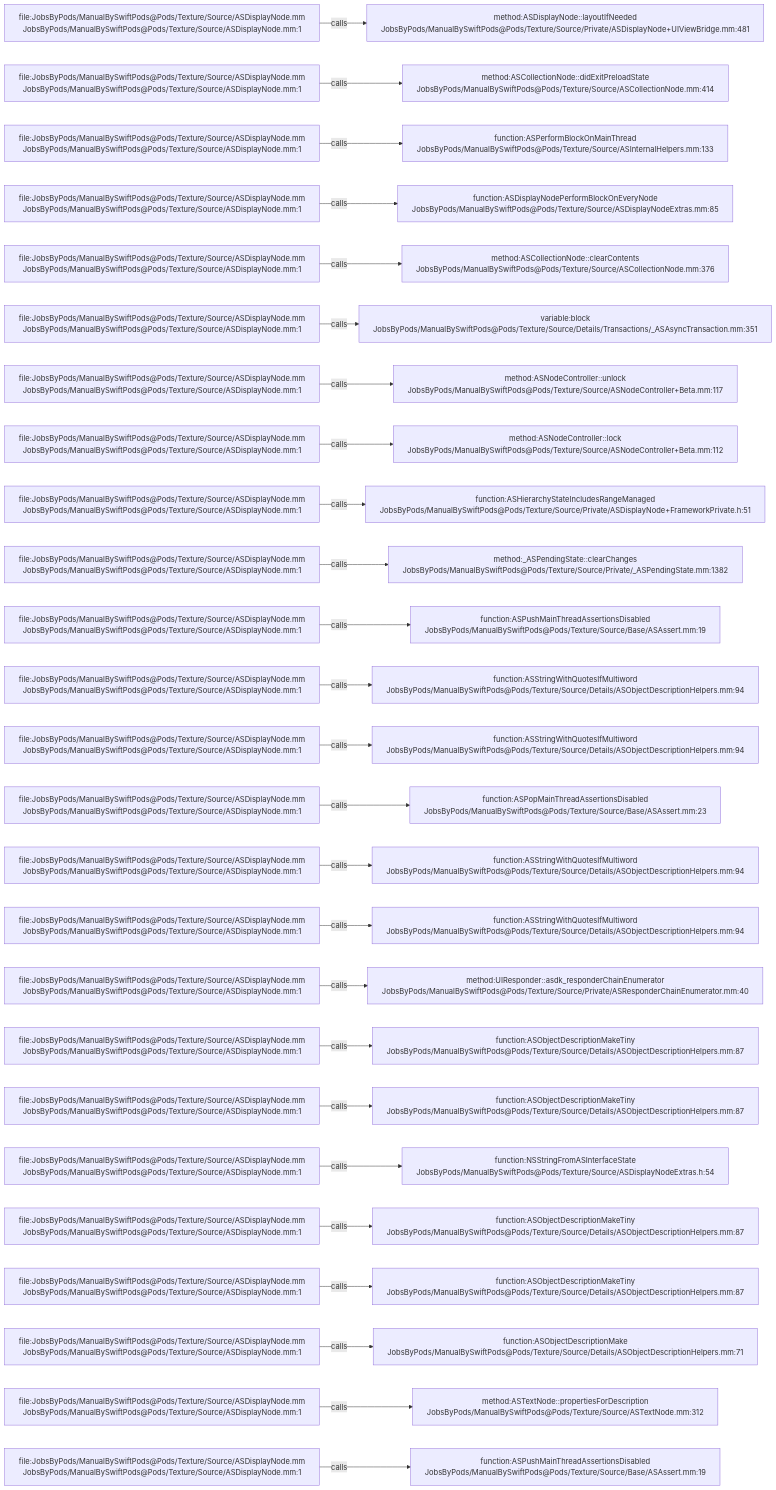
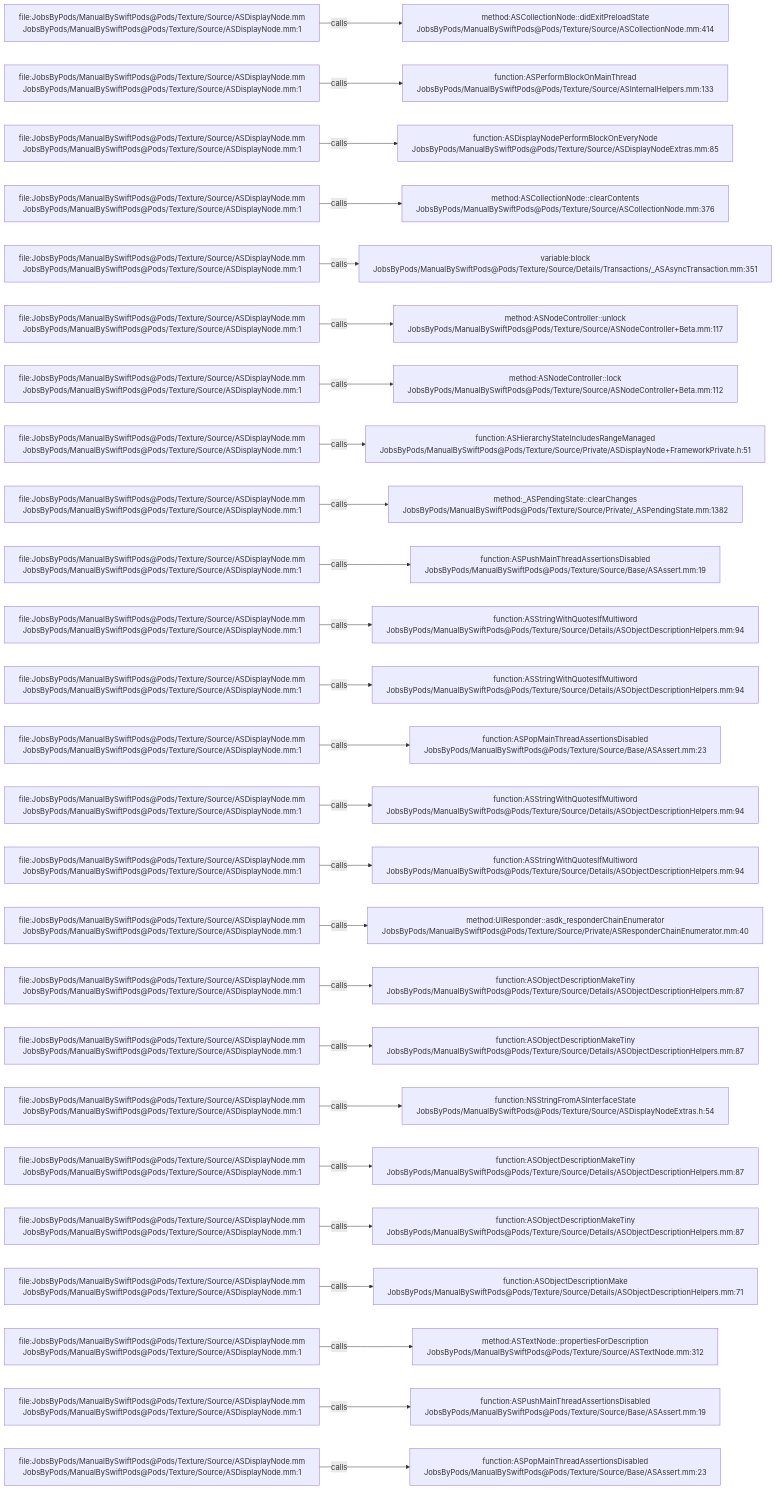
One commit to JobsKits/JobsSwiftBaseConfigDemo changed the diagram in .codegraph/codegraph.md/graphs/calls-036.md. Above: the diagram before and after it, drawn with Mermaid. The commit also changed 747 other files, not shown here.

````diff
--- a/.codegraph/codegraph.md/graphs/calls-036.md
+++ b/.codegraph/codegraph.md/graphs/calls-036.md
@@ -13,78 +13,78 @@
 ```mermaid
 flowchart LR
   S1["file:JobsByPods/ManualBySwiftPods@Pods/Texture/Source/ASDisplayNode.mm<br/>JobsByPods/ManualBySwiftPods@Pods/Texture/Source/ASDisplayNode.mm:1"]
-  T1["method:ASDisplayNode::layoutIfNeeded<br/>JobsByPods/ManualBySwiftPods@Pods/Texture/Source/Private/ASDisplayNode+UIViewBridge.mm:481"]
+  T1["method:ASCollectionNode::didExitPreloadState<br/>JobsByPods/ManualBySwiftPods@Pods/Texture/Source/ASCollectionNode.mm:414"]
   S1 -->|calls| T1
   S2["file:JobsByPods/ManualBySwiftPods@Pods/Texture/Source/ASDisplayNode.mm<br/>JobsByPods/ManualBySwiftPods@Pods/Texture/Source/ASDisplayNode.mm:1"]
-  T2["method:ASCollectionNode::didExitPreloadState<br/>JobsByPods/ManualBySwiftPods@Pods/Texture/Source/ASCollectionNode.mm:414"]
+  T2["function:ASPerformBlockOnMainThread<br/>JobsByPods/ManualBySwiftPods@Pods/Texture/Source/ASInternalHelpers.mm:133"]
   S2 -->|calls| T2
   S3["file:JobsByPods/ManualBySwiftPods@Pods/Texture/Source/ASDisplayNode.mm<br/>JobsByPods/ManualBySwiftPods@Pods/Texture/Source/ASDisplayNode.mm:1"]
-  T3["function:ASPerformBlockOnMainThread<br/>JobsByPods/ManualBySwiftPods@Pods/Texture/Source/ASInternalHelpers.mm:133"]
+  T3["function:ASDisplayNodePerformBlockOnEveryNode<br/>JobsByPods/ManualBySwiftPods@Pods/Texture/Source/ASDisplayNodeExtras.mm:85"]
   S3 -->|calls| T3
   S4["file:JobsByPods/ManualBySwiftPods@Pods/Texture/Source/ASDisplayNode.mm<br/>JobsByPods/ManualBySwiftPods@Pods/Texture/Source/ASDisplayNode.mm:1"]
-  T4["function:ASDisplayNodePerformBlockOnEveryNode<br/>JobsByPods/ManualBySwiftPods@Pods/Texture/Source/ASDisplayNodeExtras.mm:85"]
+  T4["method:ASCollectionNode::clearContents<br/>JobsByPods/ManualBySwiftPods@Pods/Texture/Source/ASCollectionNode.mm:376"]
   S4 -->|calls| T4
   S5["file:JobsByPods/ManualBySwiftPods@Pods/Texture/Source/ASDisplayNode.mm<br/>JobsByPods/ManualBySwiftPods@Pods/Texture/Source/ASDisplayNode.mm:1"]
-  T5["method:ASCollectionNode::clearContents<br/>JobsByPods/ManualBySwiftPods@Pods/Texture/Source/ASCollectionNode.mm:376"]
+  T5["variable:block<br/>JobsByPods/ManualBySwiftPods@Pods/Texture/Source/Details/Transactions/_ASAsyncTransaction.mm:351"]
   S5 -->|calls| T5
   S6["file:JobsByPods/ManualBySwiftPods@Pods/Texture/Source/ASDisplayNode.mm<br/>JobsByPods/ManualBySwiftPods@Pods/Texture/Source/ASDisplayNode.mm:1"]
-  T6["variable:block<br/>JobsByPods/ManualBySwiftPods@Pods/Texture/Source/Details/Transactions/_ASAsyncTransaction.mm:351"]
+  T6["method:ASNodeController::unlock<br/>JobsByPods/ManualBySwiftPods@Pods/Texture/Source/ASNodeController+Beta.mm:117"]
   S6 -->|calls| T6
   S7["file:JobsByPods/ManualBySwiftPods@Pods/Texture/Source/ASDisplayNode.mm<br/>JobsByPods/ManualBySwiftPods@Pods/Texture/Source/ASDisplayNode.mm:1"]
-  T7["method:ASNodeController::unlock<br/>JobsByPods/ManualBySwiftPods@Pods/Texture/Source/ASNodeController+Beta.mm:117"]
+  T7["method:ASNodeController::lock<br/>JobsByPods/ManualBySwiftPods@Pods/Texture/Source/ASNodeController+Beta.mm:112"]
   S7 -->|calls| T7
   S8["file:JobsByPods/ManualBySwiftPods@Pods/Texture/Source/ASDisplayNode.mm<br/>JobsByPods/ManualBySwiftPods@Pods/Texture/Source/ASDisplayNode.mm:1"]
-  T8["method:ASNodeController::lock<br/>JobsByPods/ManualBySwiftPods@Pods/Texture/Source/ASNodeController+Beta.mm:112"]
+  T8["function:ASHierarchyStateIncludesRangeManaged<br/>JobsByPods/ManualBySwiftPods@Pods/Texture/Source/Private/ASDisplayNode+FrameworkPrivate.h:51"]
   S8 -->|calls| T8
   S9["file:JobsByPods/ManualBySwiftPods@Pods/Texture/Source/ASDisplayNode.mm<br/>JobsByPods/ManualBySwiftPods@Pods/Texture/Source/ASDisplayNode.mm:1"]
-  T9["function:ASHierarchyStateIncludesRangeManaged<br/>JobsByPods/ManualBySwiftPods@Pods/Texture/Source/Private/ASDisplayNode+FrameworkPrivate.h:51"]
+  T9["method:_ASPendingState::clearChanges<br/>JobsByPods/ManualBySwiftPods@Pods/Texture/Source/Private/_ASPendingState.mm:1382"]
   S9 -->|calls| T9
   S10["file:JobsByPods/ManualBySwiftPods@Pods/Texture/Source/ASDisplayNode.mm<br/>JobsByPods/ManualBySwiftPods@Pods/Texture/Source/ASDisplayNode.mm:1"]
-  T10["method:_ASPendingState::clearChanges<br/>JobsByPods/ManualBySwiftPods@Pods/Texture/Source/Private/_ASPendingState.mm:1382"]
+  T10["function:ASPushMainThreadAssertionsDisabled<br/>JobsByPods/ManualBySwiftPods@Pods/Texture/Source/Base/ASAssert.mm:19"]
   S10 -->|calls| T10
   S11["file:JobsByPods/ManualBySwiftPods@Pods/Texture/Source/ASDisplayNode.mm<br/>JobsByPods/ManualBySwiftPods@Pods/Texture/Source/ASDisplayNode.mm:1"]
-  T11["function:ASPushMainThreadAssertionsDisabled<br/>JobsByPods/ManualBySwiftPods@Pods/Texture/Source/Base/ASAssert.mm:19"]
+  T11["function:ASStringWithQuotesIfMultiword<br/>JobsByPods/ManualBySwiftPods@Pods/Texture/Source/Details/ASObjectDescriptionHelpers.mm:94"]
   S11 -->|calls| T11
   S12["file:JobsByPods/ManualBySwiftPods@Pods/Texture/Source/ASDisplayNode.mm<br/>JobsByPods/ManualBySwiftPods@Pods/Texture/Source/ASDisplayNode.mm:1"]
   T12["function:ASStringWithQuotesIfMultiword<br/>JobsByPods/ManualBySwiftPods@Pods/Texture/Source/Details/ASObjectDescriptionHelpers.mm:94"]
   S12 -->|calls| T12
   S13["file:JobsByPods/ManualBySwiftPods@Pods/Texture/Source/ASDisplayNode.mm<br/>JobsByPods/ManualBySwiftPods@Pods/Texture/Source/ASDisplayNode.mm:1"]
-  T13["function:ASStringWithQuotesIfMultiword<br/>JobsByPods/ManualBySwiftPods@Pods/Texture/Source/Details/ASObjectDescriptionHelpers.mm:94"]
+  T13["function:ASPopMainThreadAssertionsDisabled<br/>JobsByPods/ManualBySwiftPods@Pods/Texture/Source/Base/ASAssert.mm:23"]
   S13 -->|calls| T13
   S14["file:JobsByPods/ManualBySwiftPods@Pods/Texture/Source/ASDisplayNode.mm<br/>JobsByPods/ManualBySwiftPods@Pods/Texture/Source/ASDisplayNode.mm:1"]
-  T14["function:ASPopMainThreadAssertionsDisabled<br/>JobsByPods/ManualBySwiftPods@Pods/Texture/Source/Base/ASAssert.mm:23"]
+  T14["function:ASStringWithQuotesIfMultiword<br/>JobsByPods/ManualBySwiftPods@Pods/Texture/Source/Details/ASObjectDescriptionHelpers.mm:94"]
   S14 -->|calls| T14
   S15["file:JobsByPods/ManualBySwiftPods@Pods/Texture/Source/ASDisplayNode.mm<br/>JobsByPods/ManualBySwiftPods@Pods/Texture/Source/ASDisplayNode.mm:1"]
   T15["function:ASStringWithQuotesIfMultiword<br/>JobsByPods/ManualBySwiftPods@Pods/Texture/Source/Details/ASObjectDescriptionHelpers.mm:94"]
   S15 -->|calls| T15
   S16["file:JobsByPods/ManualBySwiftPods@Pods/Texture/Source/ASDisplayNode.mm<br/>JobsByPods/ManualBySwiftPods@Pods/Texture/Source/ASDisplayNode.mm:1"]
-  T16["function:ASStringWithQuotesIfMultiword<br/>JobsByPods/ManualBySwiftPods@Pods/Texture/Source/Details/ASObjectDescriptionHelpers.mm:94"]
+  T16["method:UIResponder::asdk_responderChainEnumerator<br/>JobsByPods/ManualBySwiftPods@Pods/Texture/Source/Private/ASResponderChainEnumerator.mm:40"]
   S16 -->|calls| T16
   S17["file:JobsByPods/ManualBySwiftPods@Pods/Texture/Source/ASDisplayNode.mm<br/>JobsByPods/ManualBySwiftPods@Pods/Texture/Source/ASDisplayNode.mm:1"]
-  T17["method:UIResponder::asdk_responderChainEnumerator<br/>JobsByPods/ManualBySwiftPods@Pods/Texture/Source/Private/ASResponderChainEnumerator.mm:40"]
+  T17["function:ASObjectDescriptionMakeTiny<br/>JobsByPods/ManualBySwiftPods@Pods/Texture/Source/Details/ASObjectDescriptionHelpers.mm:87"]
   S17 -->|calls| T17
   S18["file:JobsByPods/ManualBySwiftPods@Pods/Texture/Source/ASDisplayNode.mm<br/>JobsByPods/ManualBySwiftPods@Pods/Texture/Source/ASDisplayNode.mm:1"]
   T18["function:ASObjectDescriptionMakeTiny<br/>JobsByPods/ManualBySwiftPods@Pods/Texture/Source/Details/ASObjectDescriptionHelpers.mm:87"]
   S18 -->|calls| T18
   S19["file:JobsByPods/ManualBySwiftPods@Pods/Texture/Source/ASDisplayNode.mm<br/>JobsByPods/ManualBySwiftPods@Pods/Texture/Source/ASDisplayNode.mm:1"]
-  T19["function:ASObjectDescriptionMakeTiny<br/>JobsByPods/ManualBySwiftPods@Pods/Texture/Source/Details/ASObjectDescriptionHelpers.mm:87"]
+  T19["function:NSStringFromASInterfaceState<br/>JobsByPods/ManualBySwiftPods@Pods/Texture/Source/ASDisplayNodeExtras.h:54"]
   S19 -->|calls| T19
   S20["file:JobsByPods/ManualBySwiftPods@Pods/Texture/Source/ASDisplayNode.mm<br/>JobsByPods/ManualBySwiftPods@Pods/Texture/Source/ASDisplayNode.mm:1"]
-  T20["function:NSStringFromASInterfaceState<br/>JobsByPods/ManualBySwiftPods@Pods/Texture/Source/ASDisplayNodeExtras.h:54"]
+  T20["function:ASObjectDescriptionMakeTiny<br/>JobsByPods/ManualBySwiftPods@Pods/Texture/Source/Details/ASObjectDescriptionHelpers.mm:87"]
   S20 -->|calls| T20
   S21["file:JobsByPods/ManualBySwiftPods@Pods/Texture/Source/ASDisplayNode.mm<br/>JobsByPods/ManualBySwiftPods@Pods/Texture/Source/ASDisplayNode.mm:1"]
   T21["function:ASObjectDescriptionMakeTiny<br/>JobsByPods/ManualBySwiftPods@Pods/Texture/Source/Details/ASObjectDescriptionHelpers.mm:87"]
   S21 -->|calls| T21
   S22["file:JobsByPods/ManualBySwiftPods@Pods/Texture/Source/ASDisplayNode.mm<br/>JobsByPods/ManualBySwiftPods@Pods/Texture/Source/ASDisplayNode.mm:1"]
-  T22["function:ASObjectDescriptionMakeTiny<br/>JobsByPods/ManualBySwiftPods@Pods/Texture/Source/Details/ASObjectDescriptionHelpers.mm:87"]
+  T22["function:ASObjectDescriptionMake<br/>JobsByPods/ManualBySwiftPods@Pods/Texture/Source/Details/ASObjectDescriptionHelpers.mm:71"]
   S22 -->|calls| T22
   S23["file:JobsByPods/ManualBySwiftPods@Pods/Texture/Source/ASDisplayNode.mm<br/>JobsByPods/ManualBySwiftPods@Pods/Texture/Source/ASDisplayNode.mm:1"]
-  T23["function:ASObjectDescriptionMake<br/>JobsByPods/ManualBySwiftPods@Pods/Texture/Source/Details/ASObjectDescriptionHelpers.mm:71"]
+  T23["method:ASTextNode::propertiesForDescription<br/>JobsByPods/ManualBySwiftPods@Pods/Texture/Source/ASTextNode.mm:312"]
   S23 -->|calls| T23
   S24["file:JobsByPods/ManualBySwiftPods@Pods/Texture/Source/ASDisplayNode.mm<br/>JobsByPods/ManualBySwiftPods@Pods/Texture/Source/ASDisplayNode.mm:1"]
-  T24["method:ASTextNode::propertiesForDescription<br/>JobsByPods/ManualBySwiftPods@Pods/Texture/Source/ASTextNode.mm:312"]
+  T24["function:ASPushMainThreadAssertionsDisabled<br/>JobsByPods/ManualBySwiftPods@Pods/Texture/Source/Base/ASAssert.mm:19"]
   S24 -->|calls| T24
   S25["file:JobsByPods/ManualBySwiftPods@Pods/Texture/Source/ASDisplayNode.mm<br/>JobsByPods/ManualBySwiftPods@Pods/Texture/Source/ASDisplayNode.mm:1"]
-  T25["function:ASPushMainThreadAssertionsDisabled<br/>JobsByPods/ManualBySwiftPods@Pods/Texture/Source/Base/ASAssert.mm:19"]
+  T25["function:ASPopMainThreadAssertionsDisabled<br/>JobsByPods/ManualBySwiftPods@Pods/Texture/Source/Base/ASAssert.mm:23"]
   S25 -->|calls| T25
 ```
````
